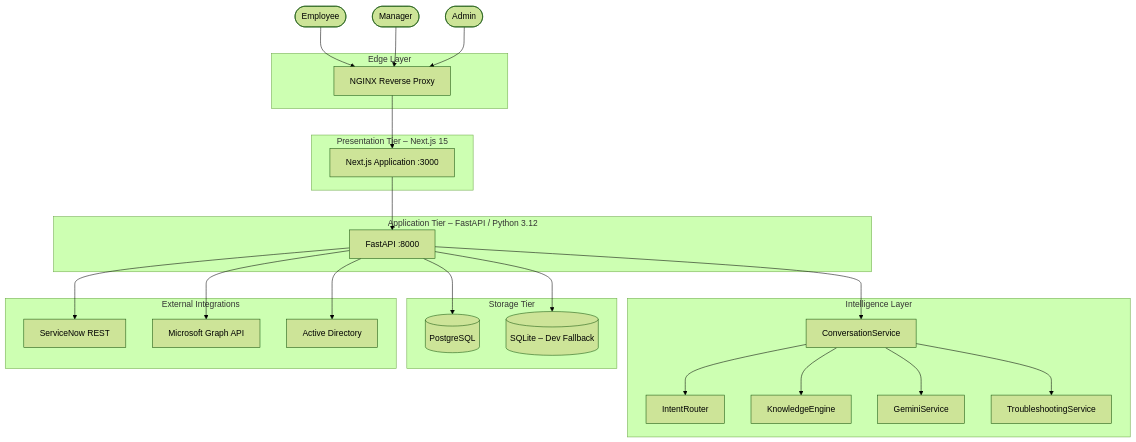
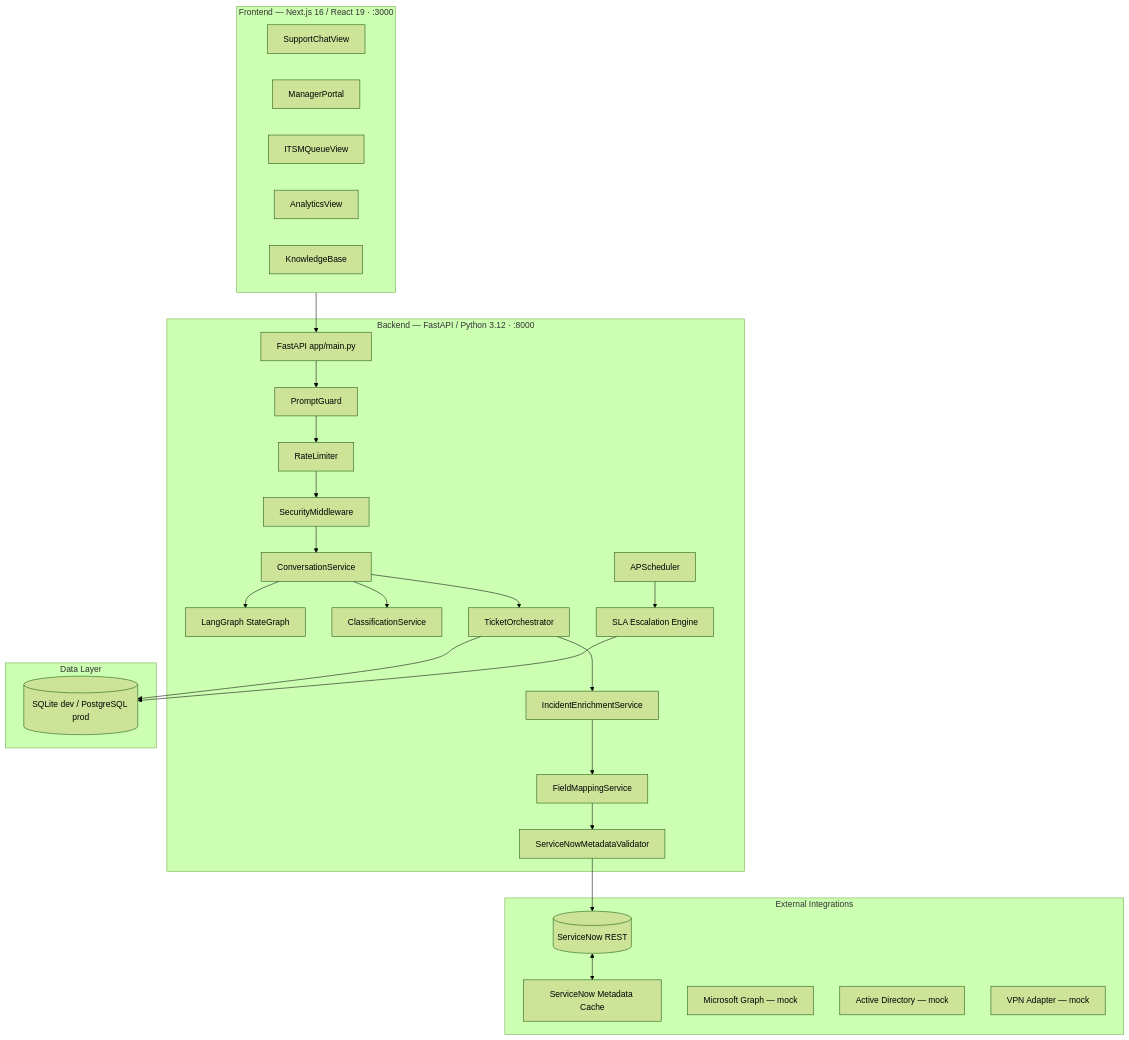
Before and after one commit to raghvendrabhati02/bridgestone-it-agent: the first of 3 diagrams in docs/Architecture.md, drawn with Mermaid (forest theme). The commit also changed other lines of this file and 361 other files, not shown here.

````diff
--- a/docs/Architecture.md
+++ b/docs/Architecture.md
@@ -12,53 +11,47 @@
 ```mermaid
-graph TD
-    Employee([Employee])
-    Manager([Manager])
-    Admin([Admin])
-
-    subgraph Edge ["Edge Layer"]
-        Nginx[NGINX Reverse Proxy]
+graph TB
+    subgraph FE["Frontend — Next.js 16 / React 19 · :3000"]
+        ChatUI[SupportChatView]
+        ManagerPortal[ManagerPortal]
+        AdminQueue[ITSMQueueView]
+        Analytics[AnalyticsView]
+        KB[KnowledgeBase]
     end
 
-    subgraph Frontend ["Presentation Tier – Next.js 15"]
-        FE[Next.js Application :3000]
+    subgraph BE["Backend — FastAPI / Python 3.12 · :8000"]
+        API[FastAPI app/main.py]
+        PG[PromptGuard]
+        RL[RateLimiter]
+        SEC[SecurityMiddleware]
+        CS[ConversationService]
+        LG[LangGraph StateGraph]
+        CLS[ClassificationService]
+        TO[TicketOrchestrator]
+        IES[IncidentEnrichmentService]
+        FMS[FieldMappingService]
+        MVC[ServiceNowMetadataValidator]
+        SLA[SLA Escalation Engine]
+        SCHED[APScheduler]
     end
 
-    subgraph Backend ["Application Tier – FastAPI / Python 3.12"]
-        API[FastAPI :8000]
+    subgraph EXT["External Integrations"]
+        SN[(ServiceNow REST)]
+        SNMC[ServiceNow Metadata Cache]
+        MG[Microsoft Graph — mock]
+        AD[Active Directory — mock]
+        VPN[VPN Adapter — mock]
     end
 
-    subgraph AI ["Intelligence Layer"]
-        ConvSvc[ConversationService]
-        IntentRouter[IntentRouter]
-        KnowledgeEngine[KnowledgeEngine]
-        GeminiSvc[GeminiService]
-        TroubleshootingSvc[TroubleshootingService]
+    subgraph DATA["Data Layer"]
+        DB[(SQLite dev / PostgreSQL prod)]
     end
 
-    subgraph Storage ["Storage Tier"]
-        PG[(PostgreSQL)]
-        SQLite[(SQLite – Dev Fallback)]
-    end
-
-    subgraph Integrations ["External Integrations"]
-        SN[ServiceNow REST]
-        MSGraph[Microsoft Graph API]
-        ADAP[Active Directory]
-    end
-
-    Employee --> Nginx
-    Manager --> Nginx
-    Admin --> Nginx
-    Nginx --> FE
     FE --> API
-    API --> ConvSvc
-    ConvSvc --> IntentRouter
-    ConvSvc --> KnowledgeEngine
-    ConvSvc --> GeminiSvc
-    ConvSvc --> TroubleshootingSvc
-    API --> PG
-    API --> SQLite
-    API --> SN
-    API --> MSGraph
-    API --> ADAP
+    API --> PG --> RL --> SEC --> CS
+    CS --> LG & CLS & TO
+    TO --> IES --> FMS --> MVC --> SN
+    SN <--> SNMC
+    TO --> DB
+    SLA --> DB
+    SCHED --> SLA
 ```
````
